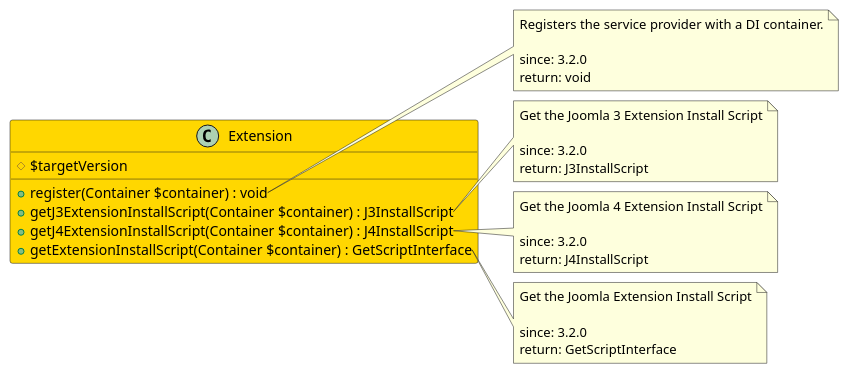
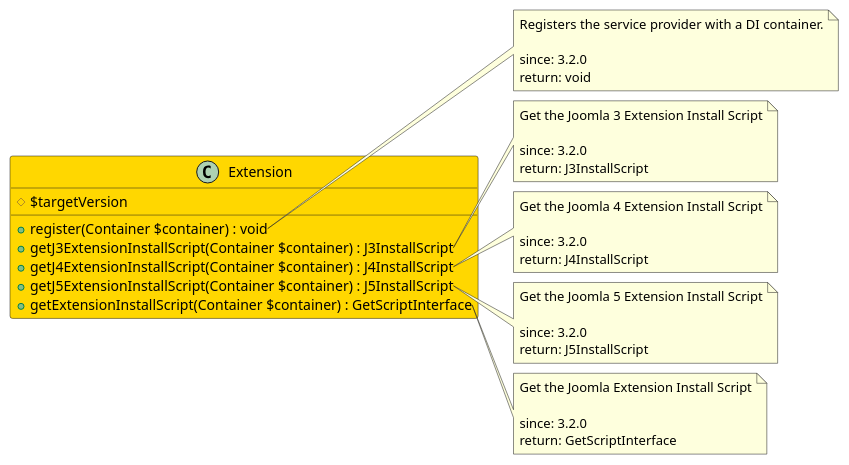
The diagram in src/ed9591cb-0a03-400a-bf47-eaf78ab19b9d/README.md (joomengine/jcb-compiler), drawn with PlantUML before and after one commit. The commit also changed 232 other files, not shown here.

````diff
--- a/src/ed9591cb-0a03-400a-bf47-eaf78ab19b9d/README.md
+++ b/src/ed9591cb-0a03-400a-bf47-eaf78ab19b9d/README.md
@@ -11,40 +11,48 @@
 ```uml
 @startuml
 class Extension  #Gold {
   # $targetVersion
   + register(Container $container) : void
   + getJ3ExtensionInstallScript(Container $container) : J3InstallScript
   + getJ4ExtensionInstallScript(Container $container) : J4InstallScript
+  + getJ5ExtensionInstallScript(Container $container) : J5InstallScript
   + getExtensionInstallScript(Container $container) : GetScriptInterface
 }
 
 note right of Extension::register
   Registers the service provider with a DI container.
 
   since: 3.2.0
   return: void
 end note
 
 note right of Extension::getJ3ExtensionInstallScript
   Get the Joomla 3 Extension Install Script
 
   since: 3.2.0
   return: J3InstallScript
 end note
 
 note right of Extension::getJ4ExtensionInstallScript
   Get the Joomla 4 Extension Install Script
 
   since: 3.2.0
   return: J4InstallScript
 end note
 
+note right of Extension::getJ5ExtensionInstallScript
+  Get the Joomla 5 Extension Install Script
+
+  since: 3.2.0
+  return: J5InstallScript
+end note
+
 note right of Extension::getExtensionInstallScript
   Get the Joomla Extension Install Script
 
   since: 3.2.0
   return: GetScriptInterface
 end note
  
 @enduml
 ```
````
